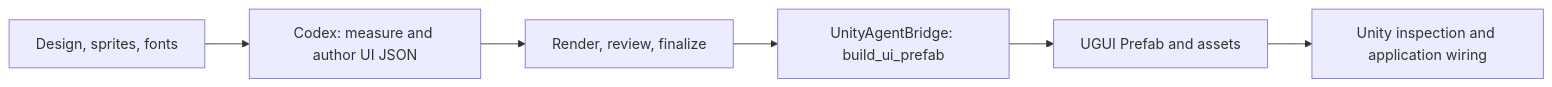
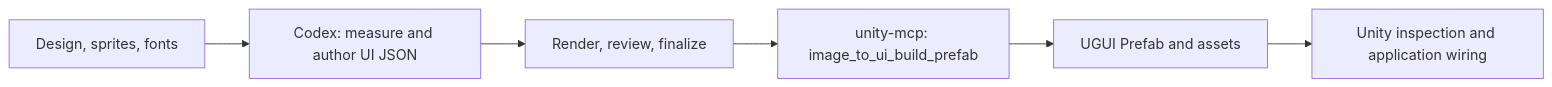
The diagram in README.md (osunkingo/Image-To-UI), drawn with Mermaid before and after one commit. The commit also changed other lines of this file and 5 other files, not shown here.

````diff
--- a/README.md
+++ b/README.md
@@ -55,8 +58,8 @@
 ```mermaid
 flowchart LR
     A["Design, sprites, fonts"] --> B["Codex: measure and author UI JSON"]
     B --> C["Render, review, finalize"]
-    C --> D["UnityAgentBridge: build_ui_prefab"]
+    C --> D["unity-mcp: image_to_ui_build_prefab"]
     D --> E["UGUI Prefab and assets"]
     E --> F["Unity inspection and application wiring"]
 ```
````
